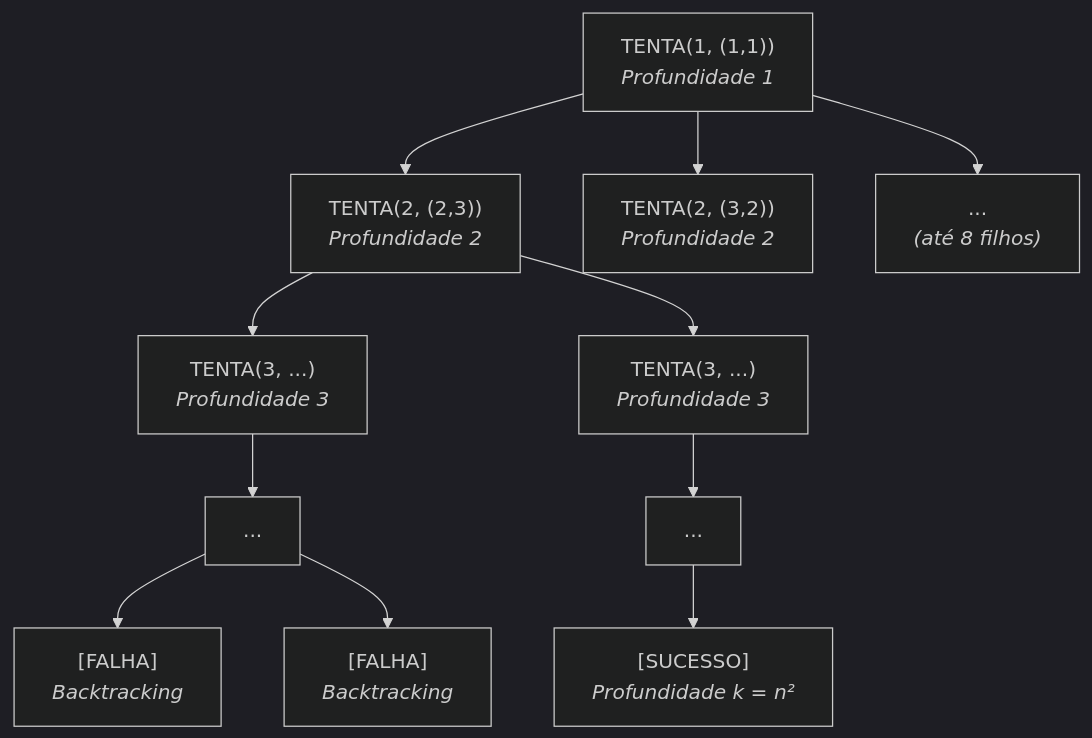
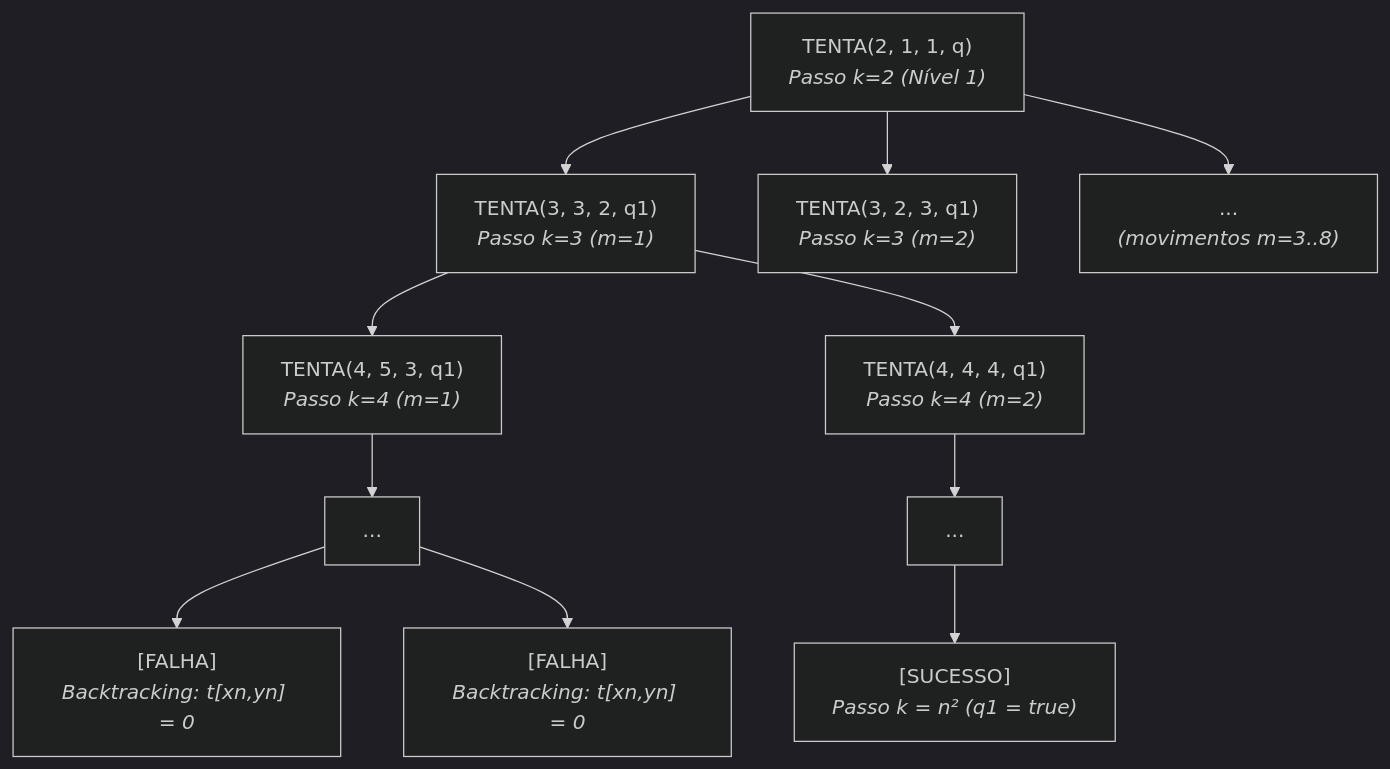
Before and after one commit to moimanu/learning-rust: the diagram in knights-tour/README.md, drawn with Mermaid. The commit also changed other lines of this file, not shown here.

Commit message:
docs: corrigindo readme do knights-tour com alguns ajustes pontuais

````diff
--- a/knights-tour/README.md
+++ b/knights-tour/README.md
@@ -69,22 +71,22 @@
 ```mermaid
 ---
 config:
   theme: dark
 ---
 graph TD
-    A["TENTA(1, (1,1))<br><i>Profundidade 1</i>"]
+    A["TENTA(2, 1, 1, q)<br><i>Passo k=2 (Nível 1)</i>"]
 
-    A --> B["TENTA(2, (2,3))<br><i>Profundidade 2</i>"]
-    A --> C["TENTA(2, (3,2))<br><i>Profundidade 2</i>"]
-    A --> D["...<br><i>(até 8 filhos)</i>"]
+    A --> B["TENTA(3, 3, 2, q1)<br><i>Passo k=3 (m=1)</i>"]
+    A --> C["TENTA(3, 2, 3, q1)<br><i>Passo k=3 (m=2)</i>"]
+    A --> D["...<br><i>(movimentos m=3..8)</i>"]
 
-    B --> E["TENTA(3, ...)<br><i>Profundidade 3</i>"]
-    B --> F["TENTA(3, ...)<br><i>Profundidade 3</i>"]
+    B --> E["TENTA(4, 5, 3, q1)<br><i>Passo k=4 (m=1)</i>"]
+    B --> F["TENTA(4, 4, 4, q1)<br><i>Passo k=4 (m=2)</i>"]
 
-    E --> G[...]
-    F --> H[...]
+    E --> G["..."]
+    F --> H["..."]
 
-    G --> I["[FALHA]<br><i>Backtracking</i>"]
-    G --> J["[FALHA]<br><i>Backtracking</i>"]
-    H --> K["[SUCESSO]<br><i>Profundidade k = n²</i>"]
+    G --> I["[FALHA]<br><i>Backtracking: t[xn,yn] = 0</i>"]
+    G --> J["[FALHA]<br><i>Backtracking: t[xn,yn] = 0</i>"]
+    H --> K["[SUCESSO]<br><i>Passo k = n² (q1 = true)</i>"]
 ```
````
